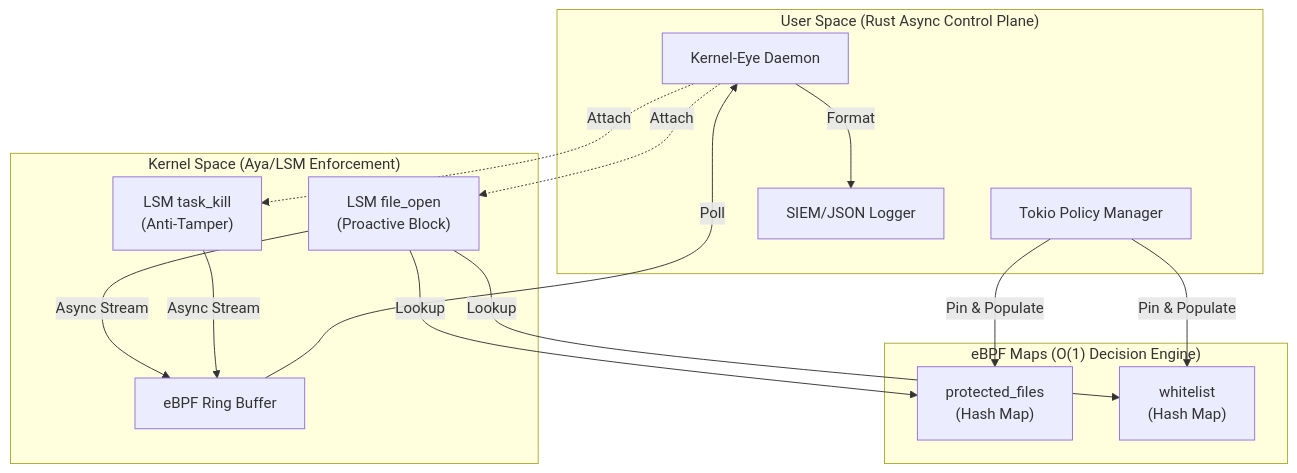
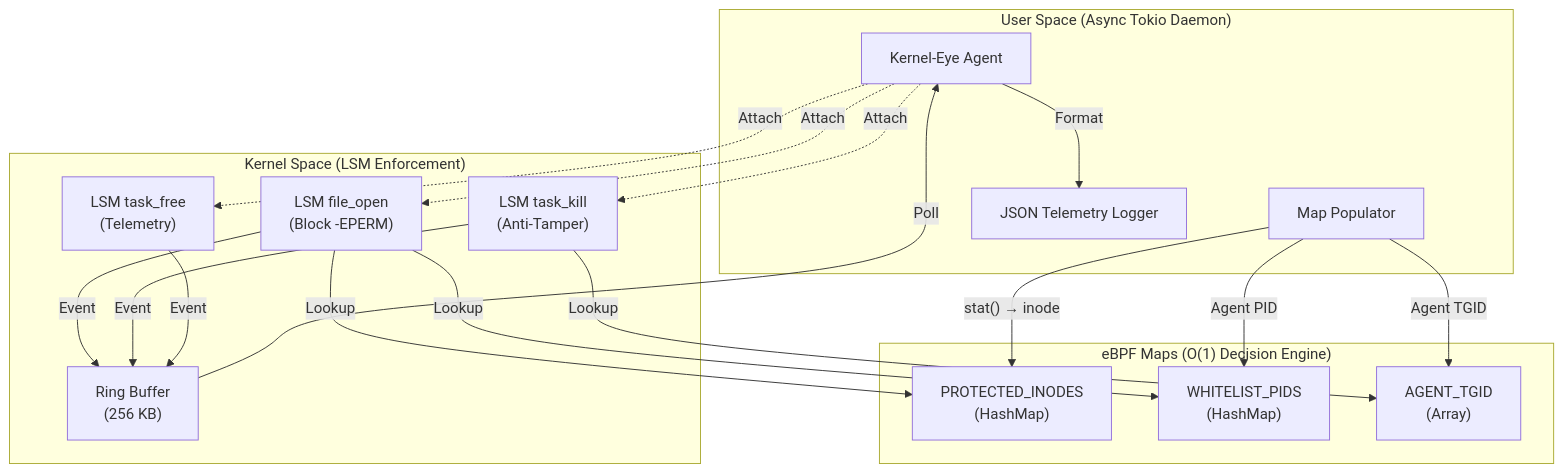
One commit to ufukulaserdem/Kernel-Eye changed the diagram in README.md. Above: the diagram before and after it, drawn with Mermaid. The commit also changed other lines of this file and 5 other files, not shown here.

Commit message:
feat: modernize project architecture and implement task_free telemetry with automated BTF binding generation

````diff
--- a/README.md
+++ b/README.md
@@ -27,32 +25,39 @@
 ```mermaid
 flowchart TB
-  subgraph UserSpace["User Space (Rust Async Control Plane)"]
-    U1[Kernel-Eye Daemon]
-    U2[Tokio Policy Manager]
-    U3[SIEM/JSON Logger]
+  subgraph UserSpace["User Space (Async Tokio Daemon)"]
+    U1[Kernel-Eye Agent]
+    U2[Map Populator]
+    U3[JSON Telemetry Logger]
   end
 
   subgraph Maps["eBPF Maps (O(1) Decision Engine)"]
-    M1["protected_files\n(Hash Map)"]
-    M2["whitelist\n(Hash Map)"]
+    M1["PROTECTED_INODES\n(HashMap<u64, u8>)"]
+    M2["WHITELIST_PIDS\n(HashMap<u32, u8>)"]
+    M3["AGENT_TGID\n(Array<u32>)"]
   end
 
-  subgraph Kernel["Kernel Space (Aya/LSM Enforcement)"]
-    K1["LSM file_open\n(Proactive Block)"]
+  subgraph Kernel["Kernel Space (LSM Enforcement)"]
+    K1["LSM file_open\n(Block -EPERM)"]
     K2["LSM task_kill\n(Anti-Tamper)"]
-    R1["eBPF Ring Buffer"]
+    K3["LSM task_free\n(Telemetry)"]
+    R1["Ring Buffer\n(256 KB)"]
   end
 
-  U2 -->|Pin & Populate| M1
-  U2 -->|Pin & Populate| M2
+  U2 -->|"stat() → inode"| M1
+  U2 -->|"Agent PID"| M2
+  U2 -->|"Agent TGID"| M3
+
   K1 -->|Lookup| M1
   K1 -->|Lookup| M2
+  K2 -->|Lookup| M3
 
-  K1 -->|Async Stream| R1
-  K2 -->|Async Stream| R1
+  K1 -->|Event| R1
+  K2 -->|Event| R1
+  K3 -->|Event| R1
   R1 -->|Poll| U1
   U1 -->|Format| U3
-  
+
   U1 -.->|Attach| K1
   U1 -.->|Attach| K2
+  U1 -.->|Attach| K3
 ```
````
